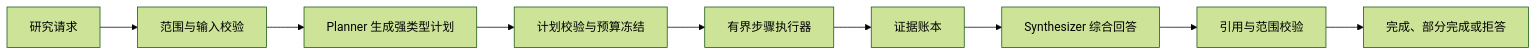
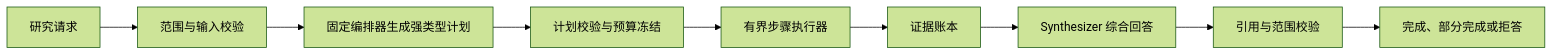
One commit to fanqiepi/context-pilot changed the diagram in docs/architecture/v4-knowledge-research-design.md. Above: the diagram before and after it, drawn with Mermaid (forest theme). The commit also changed other lines of this file and 80 other files, not shown here.

````diff
--- a/docs/architecture/v4-knowledge-research-design.md
+++ b/docs/architecture/v4-knowledge-research-design.md
@@ -77,11 +77,11 @@
 ```mermaid
 flowchart LR
     A["研究请求"] --> B["范围与输入校验"]
-    B --> C["Planner 生成强类型计划"]
+    B --> C["固定编排器生成强类型计划"]
     C --> D["计划校验与预算冻结"]
     D --> E["有界步骤执行器"]
     E --> F["证据账本"]
     F --> G["Synthesizer 综合回答"]
     G --> H["引用与范围校验"]
     H --> I["完成、部分完成或拒答"]
 ```
````
